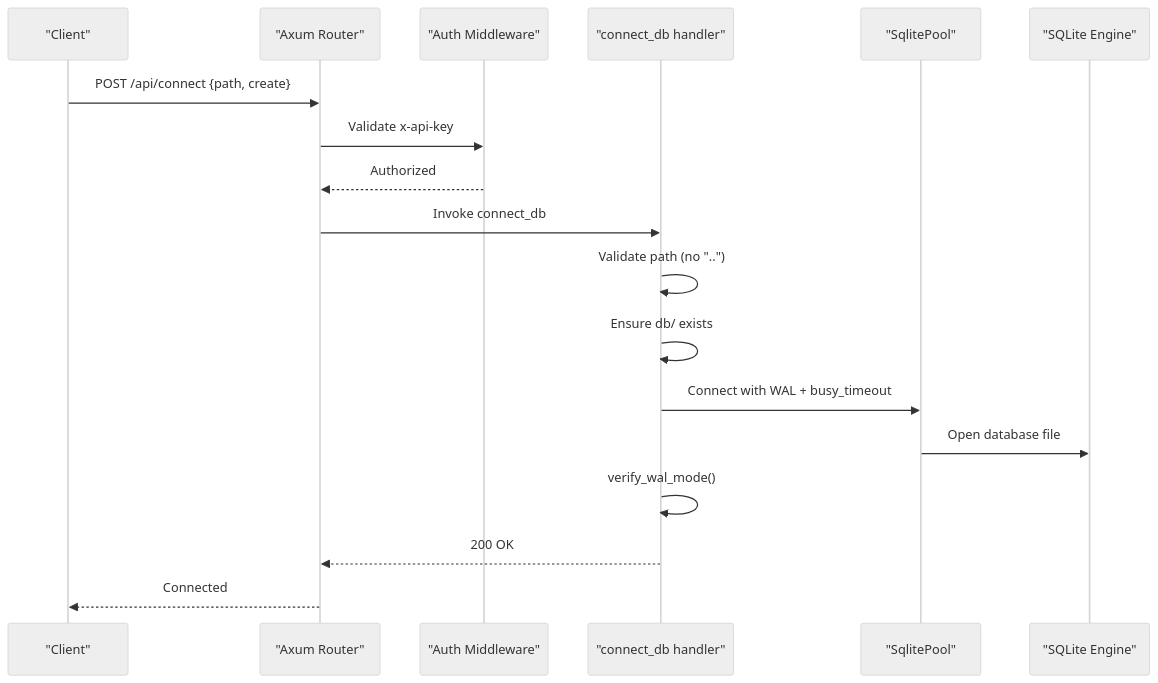
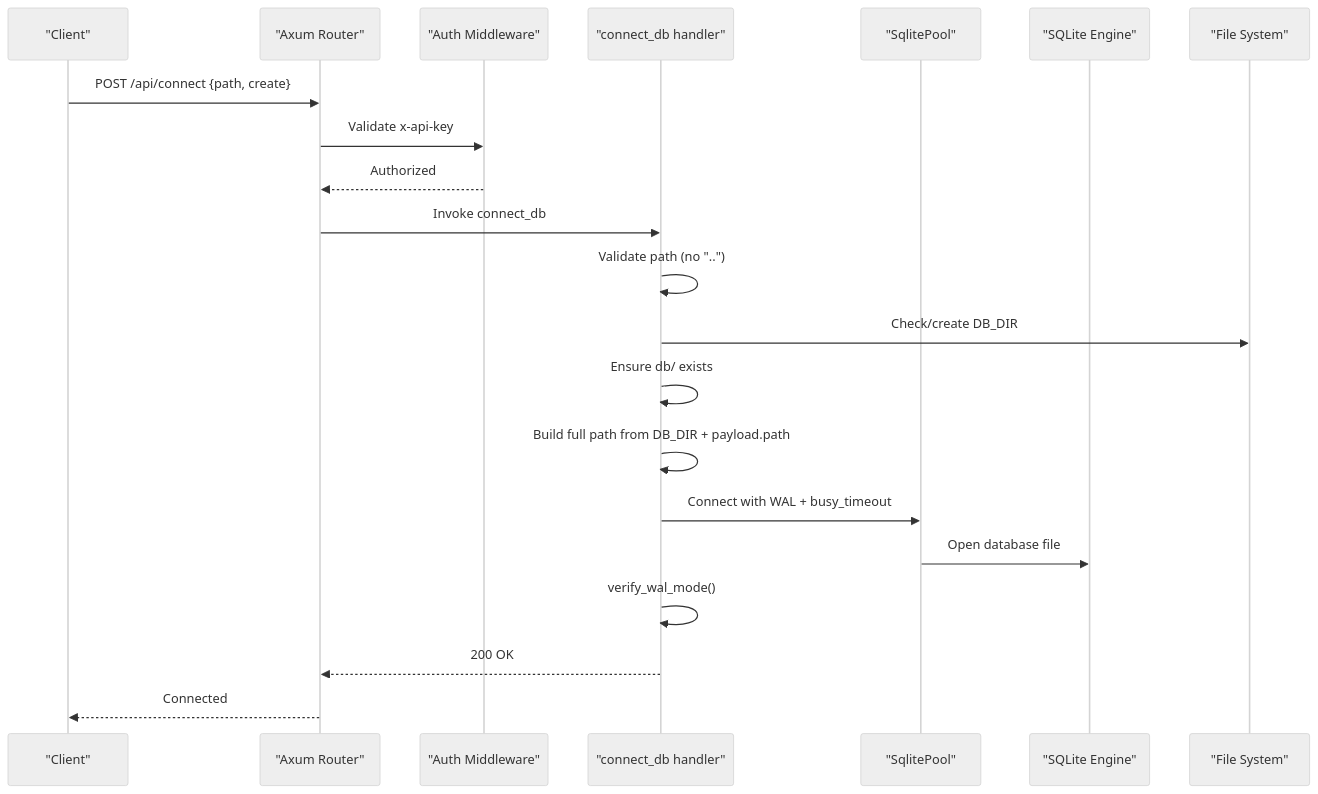
The second of 8 diagrams in .qoder/repowiki/en/content/Backend Development/Database Layer & Connection Management.md (sutanto1010/crablite), drawn with Mermaid (neutral theme) before and after one commit. The commit also changed other lines of this file and 47 other files, not shown here.

````diff
--- a/.qoder/repowiki/en/content/Backend Development/Database Layer & Connection Management.md
+++ b/.qoder/repowiki/en/content/Backend Development/Database Layer & Connection Management.md
@@ -85,20 +94,23 @@
 ```mermaid
 sequenceDiagram
 participant Client as "Client"
 participant Axum as "Axum Router"
 participant Auth as "Auth Middleware"
 participant Conn as "connect_db handler"
 participant Pool as "SqlitePool"
 participant DB as "SQLite Engine"
+participant FS as "File System"
 Client->>Axum : POST /api/connect {path, create}
 Axum->>Auth : Validate x-api-key
 Auth-->>Axum : Authorized
 Axum->>Conn : Invoke connect_db
 Conn->>Conn : Validate path (no "..")
+Conn->>FS : Check/create DB_DIR
 Conn->>Conn : Ensure db/ exists
+Conn->>Conn : Build full path from DB_DIR + payload.path
 Conn->>Pool : Connect with WAL + busy_timeout
 Pool->>DB : Open database file
 Conn->>Conn : verify_wal_mode()
 Conn-->>Axum : 200 OK
 Axum-->>Client : Connected
 ```
````
